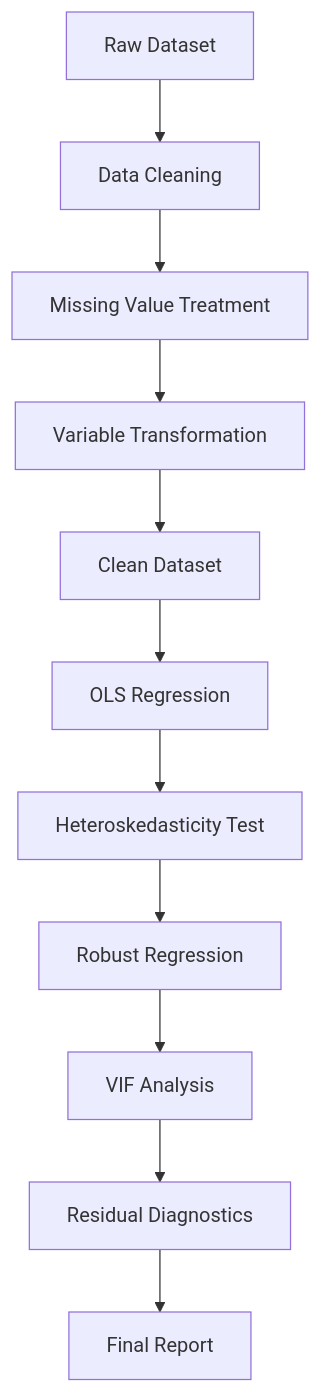
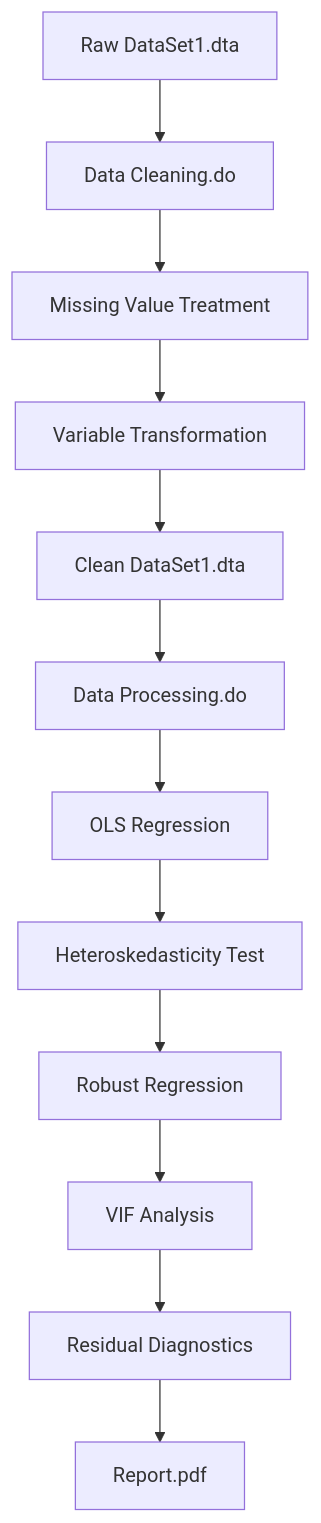
The diagram in README.md (arnav-tripathi7/econometrics), drawn with Mermaid before and after one commit. The commit also changed other lines of this file, not shown here.

````diff
--- a/README.md
+++ b/README.md
@@ -408,16 +406,17 @@
 ```mermaid
 flowchart TD
 
-A[Raw Dataset] --> B[Data Cleaning]
+A[Raw DataSet1.dta] --> B[Data Cleaning.do]
 B --> C[Missing Value Treatment]
 C --> D[Variable Transformation]
-D --> E[Clean Dataset]
+D --> E[Clean DataSet1.dta]
 
-E --> F[OLS Regression]
-F --> G[Heteroskedasticity Test]
-G --> H[Robust Regression]
+E --> F[Data Processing.do]
+F --> G[OLS Regression]
+G --> H[Heteroskedasticity Test]
+H --> I[Robust Regression]
 
-H --> I[VIF Analysis]
-I --> J[Residual Diagnostics]
-J --> K[Final Report]
+I --> J[VIF Analysis]
+J --> K[Residual Diagnostics]
+K --> L[Report.pdf]
 ```
````
